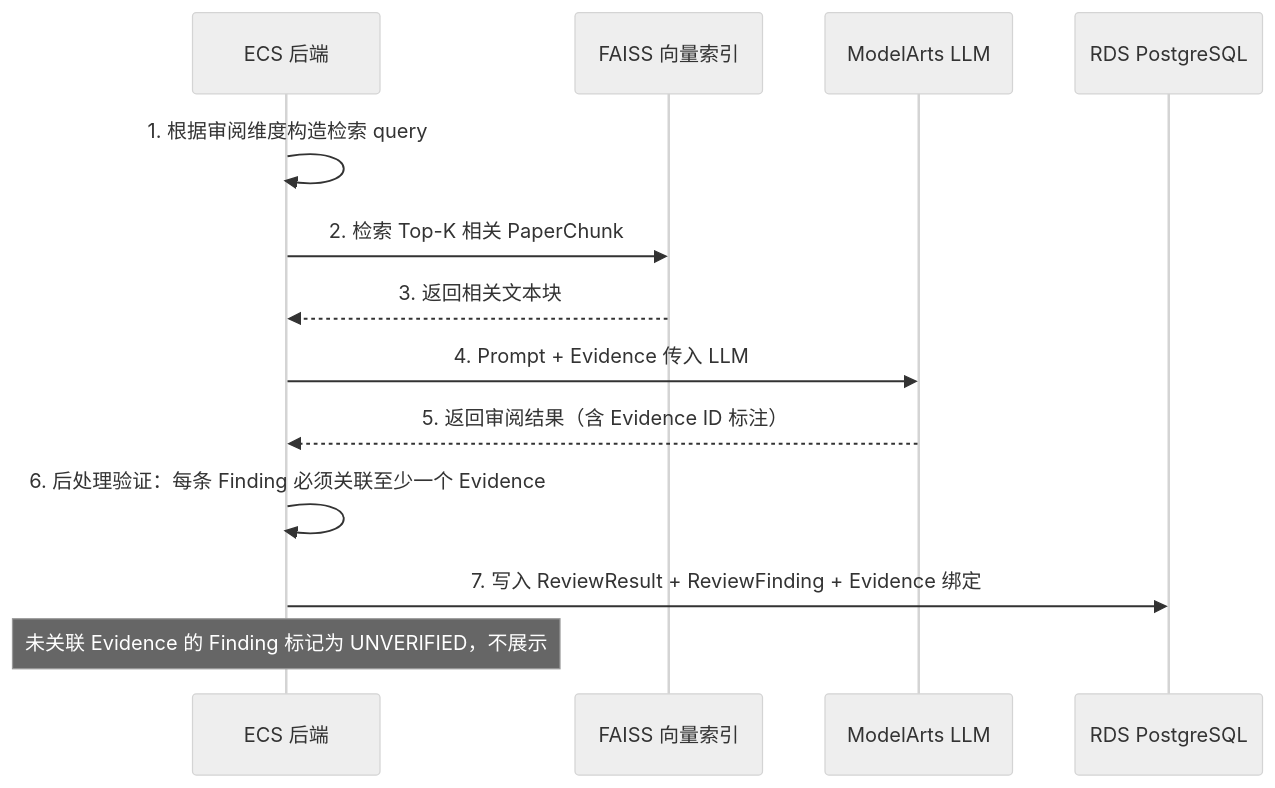
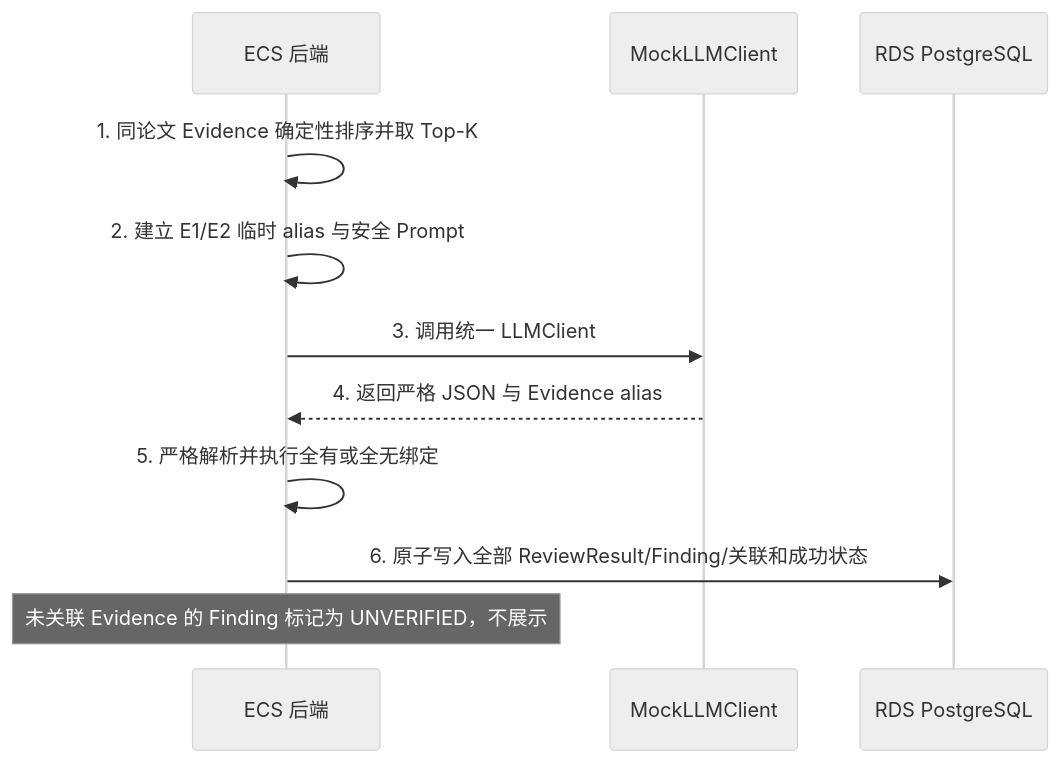
Before and after one commit to falconousZhang/PaperLens: the fourth of 4 diagrams in ProjectDocs/systemDesign/02-架构设计.md, drawn with Mermaid (neutral theme). The commit also changed other lines of this file and 46 other files, not shown here.

Commit message:
论文解析、Evidence 定位、数据库结构和 Mock 审阅管道已经完成

````diff
--- a/ProjectDocs/systemDesign/02-架构设计.md
+++ b/ProjectDocs/systemDesign/02-架构设计.md
@@ -289,16 +289,14 @@
 ```mermaid
 sequenceDiagram
     participant E as ECS 后端
-    participant V as FAISS 向量索引
-    participant M as ModelArts LLM
+    participant M as MockLLMClient
     participant D as RDS PostgreSQL
 
-    E->>E: 1. 根据审阅维度构造检索 query
-    E->>V: 2. 检索 Top-K 相关 PaperChunk
-    V-->>E: 3. 返回相关文本块
-    E->>M: 4. Prompt + Evidence 传入 LLM
-    M-->>E: 5. 返回审阅结果（含 Evidence ID 标注）
-    E->>E: 6. 后处理验证：每条 Finding 必须关联至少一个 Evidence
-    E->>D: 7. 写入 ReviewResult + ReviewFinding + Evidence 绑定
+    E->>E: 1. 同论文 Evidence 确定性排序并取 Top-K
+    E->>E: 2. 建立 E1/E2 临时 alias 与安全 Prompt
+    E->>M: 3. 调用统一 LLMClient
+    M-->>E: 4. 返回严格 JSON 与 Evidence alias
+    E->>E: 5. 严格解析并执行全有或全无绑定
+    E->>D: 6. 原子写入全部 ReviewResult/Finding/关联和成功状态
     Note over E: 未关联 Evidence 的 Finding 标记为 UNVERIFIED，不展示
 ```
````
